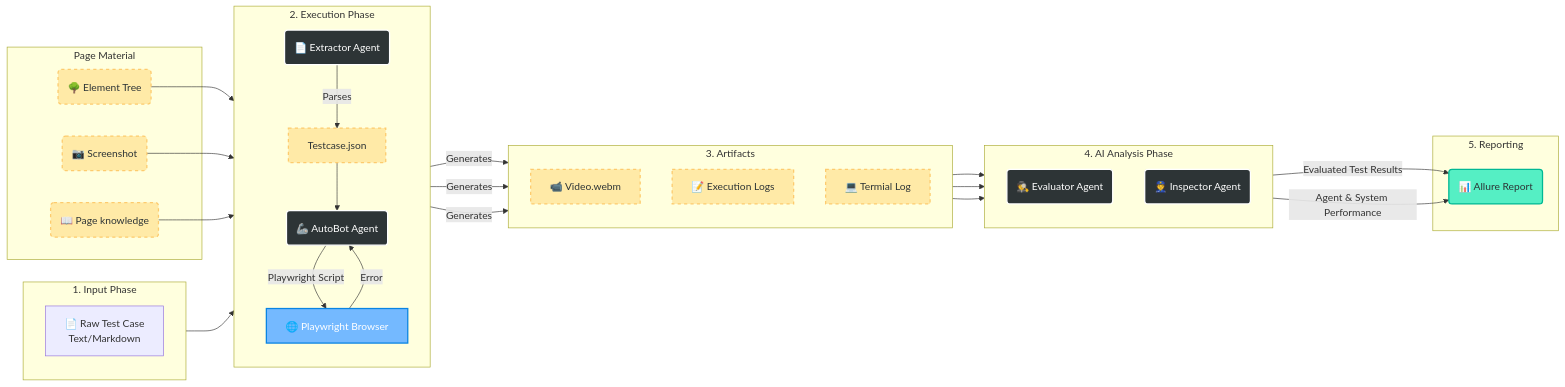
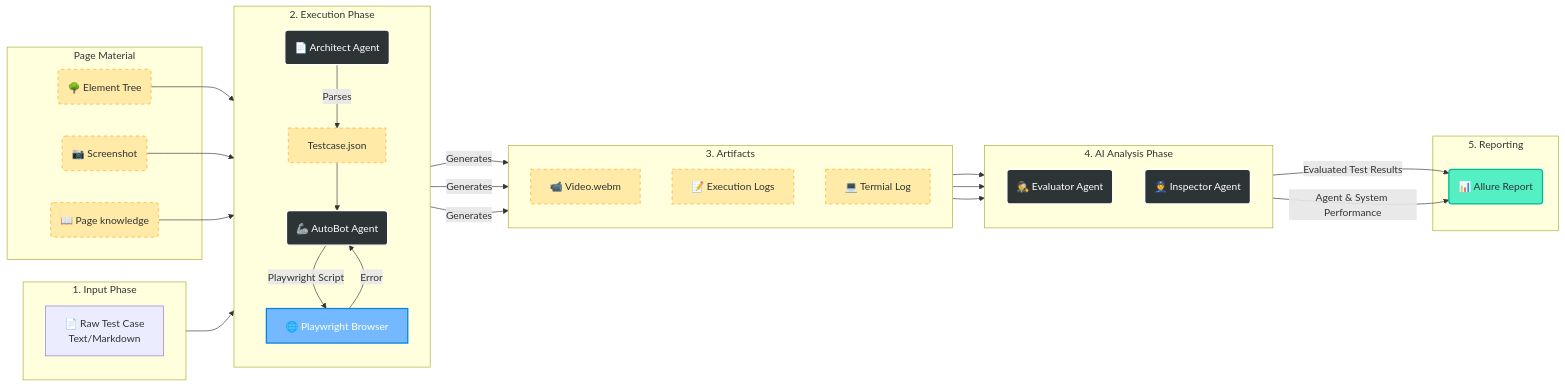
The diagram in README.md (tienpham93/AutoAgent), drawn with Mermaid before and after one commit. The commit also changed other lines of this file and 12 other files, not shown here.

Commit message:
update full flow

`````diff
--- a/README.md
+++ b/README.md
@@ -6,67 +6,67 @@
 ````mermaid
 flowchart LR
     %% Styles
     classDef agent fill:#2d3436,stroke:#fff,stroke-width:2px,color:#fff,rx:5px,ry:5px;
     classDef artifact fill:#ffeaa7,stroke:#fdcb6e,stroke-width:2px,color:#2d3436,stroke-dasharray: 5 5;
     classDef external fill:#74b9ff,stroke:#0984e3,stroke-width:2px,color:#fff;
     classDef report fill:#55efc4,stroke:#00b894,stroke-width:2px,color:#2d3436;
 
     subgraph Inputs ["1. Input Phase"]
         direction TB
         RawTest[📄 Raw Test Case<br/>Text/Markdown]
     end
 
     subgraph Execution ["2. Execution Phase"]
         direction TB
-        Extractor(📄 Extractor Agent):::agent
+        Architect(📄 Architect Agent):::agent
         JsonSteps[Testcase.json]:::artifact
         AutoAgent(🦾 AutoBot Agent):::agent
         Browser[🌐 Playwright Browser]:::external
     end
 
     subgraph Input ["Page Material"]
         ElementTree(🌳 Element Tree):::artifact
         Screenshot(📷 Screenshot):::artifact
         PageKnowledge(📖 Page knowledge):::artifact
     end
 
     subgraph Artifacts ["3. Artifacts"]
         direction TB
         Video[📹 Video.webm]:::artifact
         Logs[📝 Execution Logs]:::artifact
         TermialLogs[💻 Termial Log]:::artifact
     end
 
     subgraph Analysis ["4. AI Analysis Phase"]
         direction TB
         Evaluator(🕵️ Evaluator Agent):::agent
         Inspector(👮 Inspector Agent):::agent
     end
 
     subgraph Output ["5. Reporting"]
         Allure(📊 Allure Report):::report
     end
 
     %% Connections
-    RawTest --> Extractor
-    Extractor -->|Parses| JsonSteps
+    RawTest --> Architect
+    Architect -->|Parses| JsonSteps
 
     JsonSteps --> AutoAgent
     ElementTree --> AutoAgent
     Screenshot --> AutoAgent
     PageKnowledge --> AutoAgent
 
     AutoAgent -->|Playwright Script| Browser
     Browser -->|Error| AutoAgent
 
     AutoAgent -->|Generates| Video
     AutoAgent -->|Generates| Logs
     AutoAgent -->|Generates| TermialLogs
 
     Video --> Evaluator
     Logs --> Evaluator
     TermialLogs --> Inspector
 
     Evaluator -->|Evaluated Test Results| Allure
     Inspector -->|Agent & System Performance| Allure
 ````
`````
